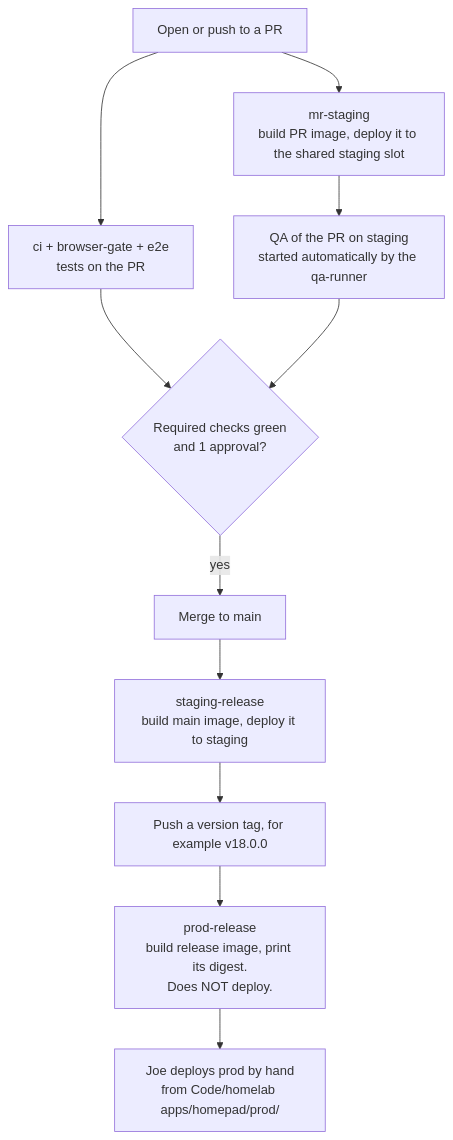
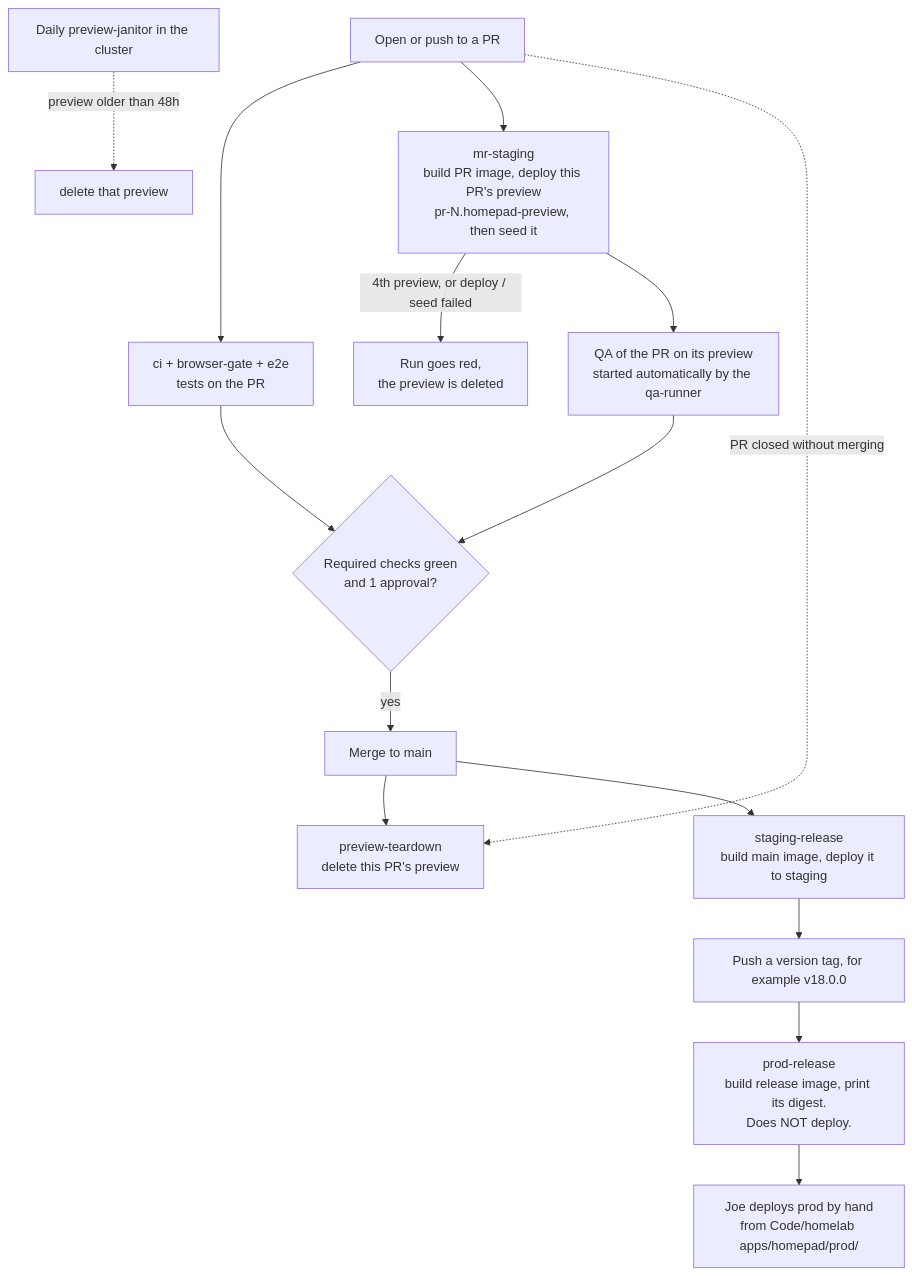
The diagram in .gitea/workflows/README.md (finish06/homepad), drawn with Mermaid before and after one commit. The commit also changed other lines of this file and 10 other files, not shown here.

Commit message:
ci(preview): per-PR preview environments: mr-staging deploys pr-<n>, teardown on close (SPEC-preview-environments) (#626)

````diff
--- a/.gitea/workflows/README.md
+++ b/.gitea/workflows/README.md
@@ -24,13 +29,17 @@
 ```mermaid
 flowchart TD
     A["Open or push to a PR"] --> B["ci + browser-gate + e2e<br/>tests on the PR"]
-    A --> C["mr-staging<br/>build PR image, deploy it to the shared staging slot"]
-    C --> D["QA of the PR on staging<br/>started automatically by the qa-runner"]
+    A --> C["mr-staging<br/>build PR image, deploy this PR's preview<br/>pr-N.homepad-preview, then seed it"]
+    C -->|"4th preview, or deploy / seed failed"| X["Run goes red,<br/>the preview is deleted"]
+    C --> D["QA of the PR on its preview<br/>started automatically by the qa-runner"]
     B --> E{"Required checks green<br/>and 1 approval?"}
     D --> E
     E -->|yes| F["Merge to main"]
+    F --> T["preview-teardown<br/>delete this PR's preview"]
+    A -.->|"PR closed without merging"| T
     F --> G["staging-release<br/>build main image, deploy it to staging"]
     G --> H["Push a version tag, for example v18.0.0"]
     H --> I["prod-release<br/>build release image, print its digest.<br/>Does NOT deploy."]
     I --> J["Joe deploys prod by hand<br/>from Code/homelab apps/homepad/prod/"]
+    K["Daily preview-janitor in the cluster"] -.->|"preview older than 48h"| T2["delete that preview"]
 ```
````
